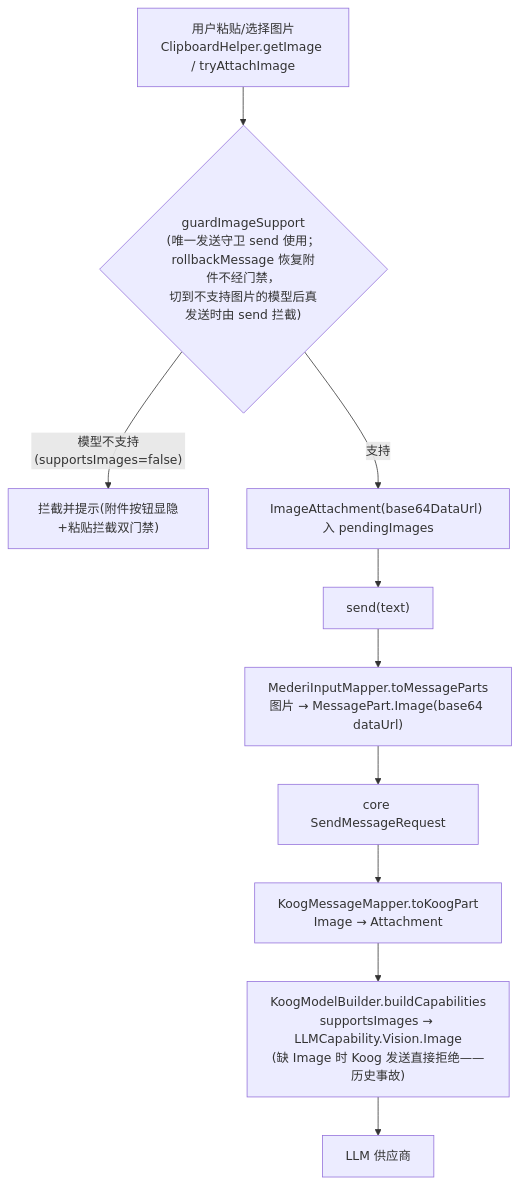
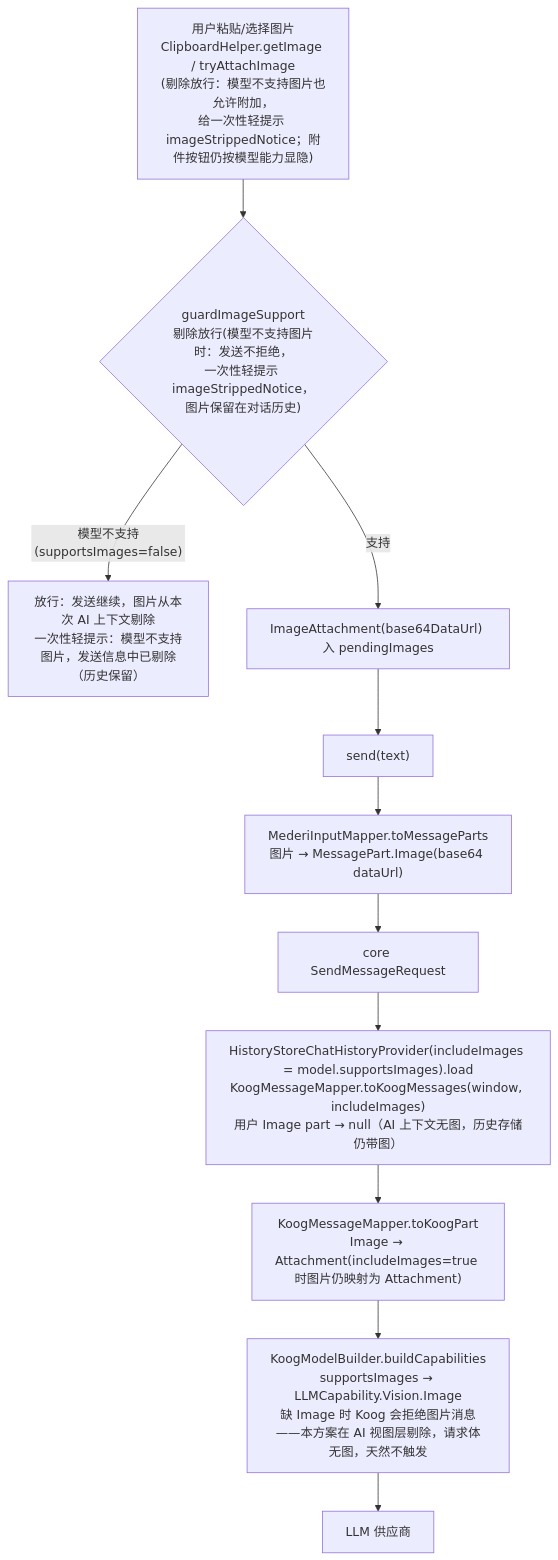
One commit to lzdev42/mederi changed diagram 16 of 17 in mederi/docs/architecture/04-flows.md. Above: the diagram before and after it, drawn with Mermaid. The commit also changed other lines of this file and 74 other files, not shown here.

First line of the commit message:
feat: image-strip-on-send for non-vision models, MCP template fix, i18n + UI/terminal refinements

````diff
--- a/mederi/docs/architecture/04-flows.md
+++ b/mederi/docs/architecture/04-flows.md
@@ -470,12 +470,13 @@
 ```mermaid
 flowchart TD
-    P1["用户粘贴/选择图片<br/>ClipboardHelper.getImage / tryAttachImage"] --> G1{"guardImageSupport<br/>(唯一发送守卫 send 使用；rollbackMessage 恢复附件不经门禁，<br/>切到不支持图片的模型后真发送时由 send 拦截)"}
-    G1 -- "模型不支持(supportsImages=false)" --> X["拦截并提示(附件按钮显隐+粘贴拦截双门禁)"]
+    P1["用户粘贴/选择图片<br/>ClipboardHelper.getImage / tryAttachImage<br/>(剔除放行：模型不支持图片也允许附加，<br/>给一次性轻提示 imageStrippedNotice；附件按钮仍按模型能力显隐)"] --> G1{"guardImageSupport<br/>剔除放行(模型不支持图片时：发送不拒绝，<br/>一次性轻提示 imageStrippedNotice，图片保留在对话历史)"}
+    G1 -- "模型不支持(supportsImages=false)" --> N["放行：发送继续，图片从本次 AI 上下文剔除<br/>一次性轻提示：模型不支持图片，发送信息中已剔除（历史保留）"]
     G1 -- "支持" --> A1["ImageAttachment(base64DataUrl) 入 pendingImages"]
     A1 --> SEND["send(text)"]
     SEND --> M1["MederiInputMapper.toMessageParts<br/>图片 → MessagePart.Image(base64 dataUrl)"]
     M1 --> CORE["core SendMessageRequest"]
-    CORE --> K1["KoogMessageMapper.toKoogPart<br/>Image → Attachment"]
-    K1 --> CAP["KoogModelBuilder.buildCapabilities<br/>supportsImages → LLMCapability.Vision.Image<br/>(缺 Image 时 Koog 发送直接拒绝——历史事故)"]
+    CORE --> H1["HistoryStoreChatHistoryProvider(includeImages = model.supportsImages).load<br/>KoogMessageMapper.toKoogMessages(window, includeImages)<br/>用户 Image part → null（AI 上下文无图，历史存储仍带图）"]
+    H1 --> K1["KoogMessageMapper.toKoogPart<br/>Image → Attachment(includeImages=true 时图片仍映射为 Attachment)"]
+    K1 --> CAP["KoogModelBuilder.buildCapabilities<br/>supportsImages → LLMCapability.Vision.Image<br/>缺 Image 时 Koog 会拒绝图片消息——本方案在 AI 视图层剔除，请求体无图，天然不触发"]
     CAP --> LLM["LLM 供应商"]
 ```
````
